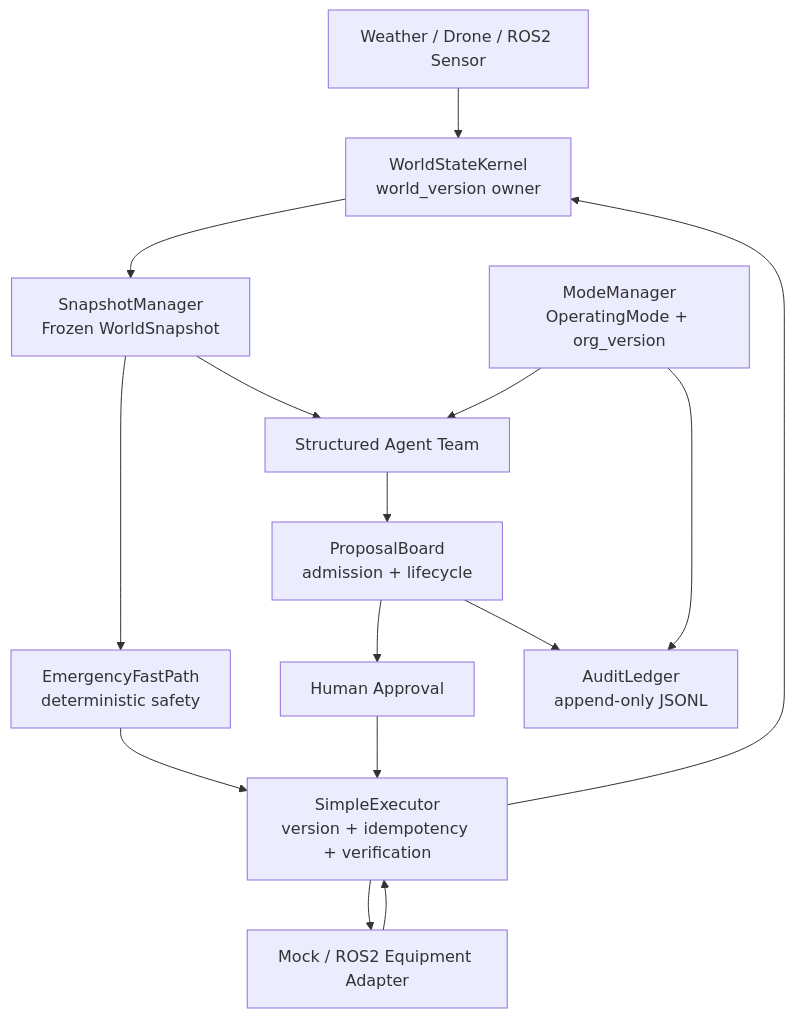
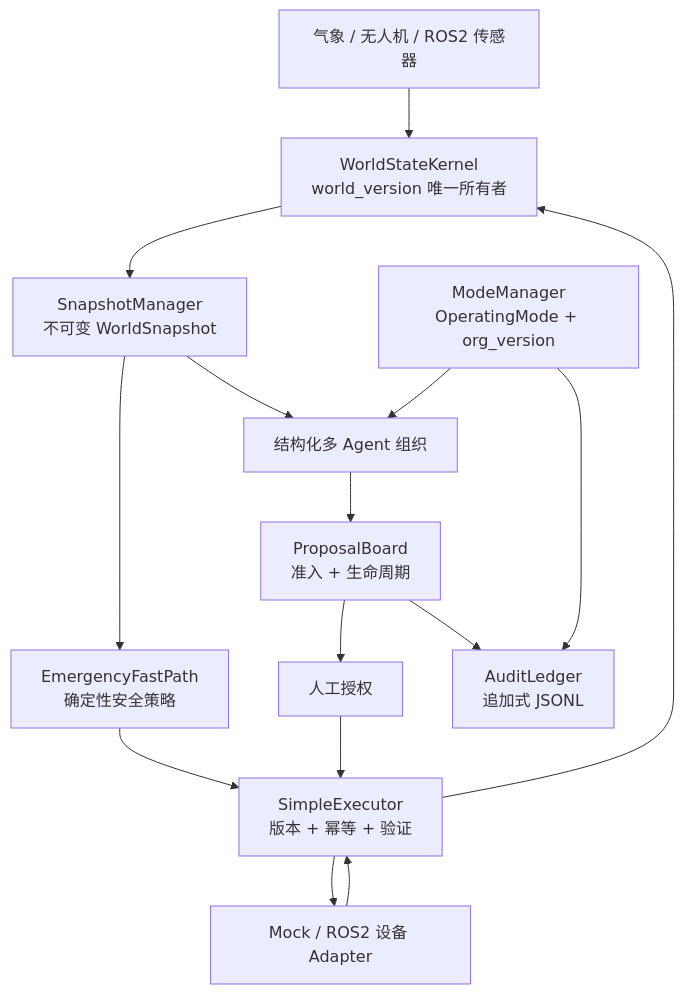
The second of 2 diagrams in README.md (Agneshao/dynamic-agent-of-physical-AI-), drawn with Mermaid before and after one commit. The commit also changed other lines of this file, not shown here.

````diff
--- a/README.md
+++ b/README.md
@@ -86,29 +88,29 @@
 ```mermaid
 flowchart TB
-    SENSOR[Weather / Drone / ROS2 Sensor]
-    KERNEL[WorldStateKernel<br/>world_version owner]
-    SNAPSHOT[SnapshotManager<br/>Frozen WorldSnapshot]
-    FAST[EmergencyFastPath<br/>deterministic safety]
+    SENSOR[气象 / 无人机 / ROS2 传感器]
+    KERNEL[WorldStateKernel<br/>world_version 唯一所有者]
+    SNAPSHOT[SnapshotManager<br/>不可变 WorldSnapshot]
+    FAST[EmergencyFastPath<br/>确定性安全策略]
     MODE[ModeManager<br/>OperatingMode + org_version]
-    AGENTS[Structured Agent Team]
-    BOARD[ProposalBoard<br/>admission + lifecycle]
-    APPROVAL[Human Approval]
-    EXECUTOR[SimpleExecutor<br/>version + idempotency + verification]
-    ADAPTER[Mock / ROS2 Equipment Adapter]
-    LEDGER[AuditLedger<br/>append-only JSONL]
+    AGENTS[结构化多 Agent 组织]
+    BOARD[ProposalBoard<br/>准入 + 生命周期]
+    APPROVAL[人工授权]
+    EXECUTOR[SimpleExecutor<br/>版本 + 幂等 + 验证]
+    ADAPTER[Mock / ROS2 设备 Adapter]
+    LEDGER[AuditLedger<br/>追加式 JSONL]
 
     SENSOR --> KERNEL
     KERNEL --> SNAPSHOT
     SNAPSHOT --> FAST
     SNAPSHOT --> AGENTS
     MODE --> AGENTS
     AGENTS --> BOARD
     BOARD --> APPROVAL
     APPROVAL --> EXECUTOR
     FAST --> EXECUTOR
     EXECUTOR --> ADAPTER
     ADAPTER --> EXECUTOR
     EXECUTOR --> KERNEL
     MODE --> LEDGER
     BOARD --> LEDGER
 ```
````
